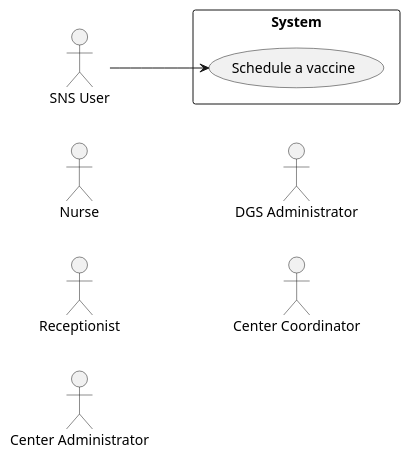
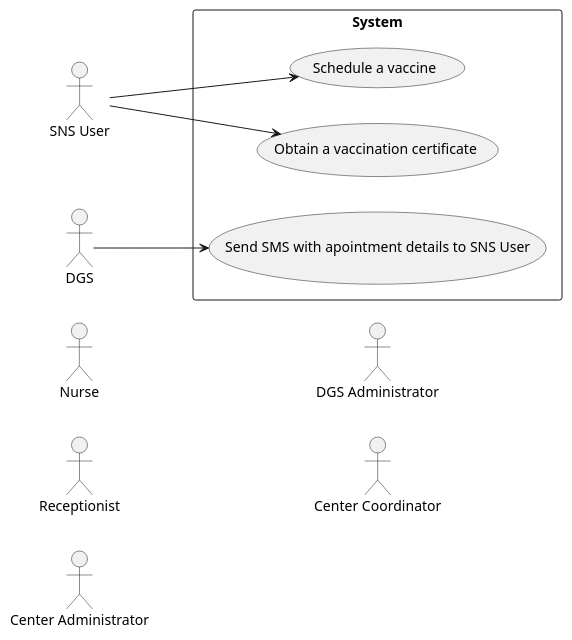
Before and after one commit to miseEnPlace-i/lapr2: the diagram in docs/SprintA/UCD.puml, drawn with PlantUML.

Commit message:
docs(ucd): added user & dgs uc's

```diff
--- a/docs/SprintA/UCD.puml
+++ b/docs/SprintA/UCD.puml
@@ -1,18 +1,23 @@
 @startuml UCD
 
 left to right direction
 
 actor "SNS User" as user
 actor "Nurse" as nurse
 actor "Receptionist" as recept
 actor "Center Administrator" as cadmin
 actor "DGS Administrator" as dgsadmin
 actor "Center Coordinator" as coordinator
+actor "DGS" as dgs
 
 rectangle System {
   usecase "Schedule a vaccine" as UC1
+  usecase "Obtain a vaccination certificate" as UC2
+  usecase "Send SMS with apointment details to SNS User" as UC3
 }
 
 user --> UC1
+user --> UC2
+dgs --> UC3
 
 @enduml
```
